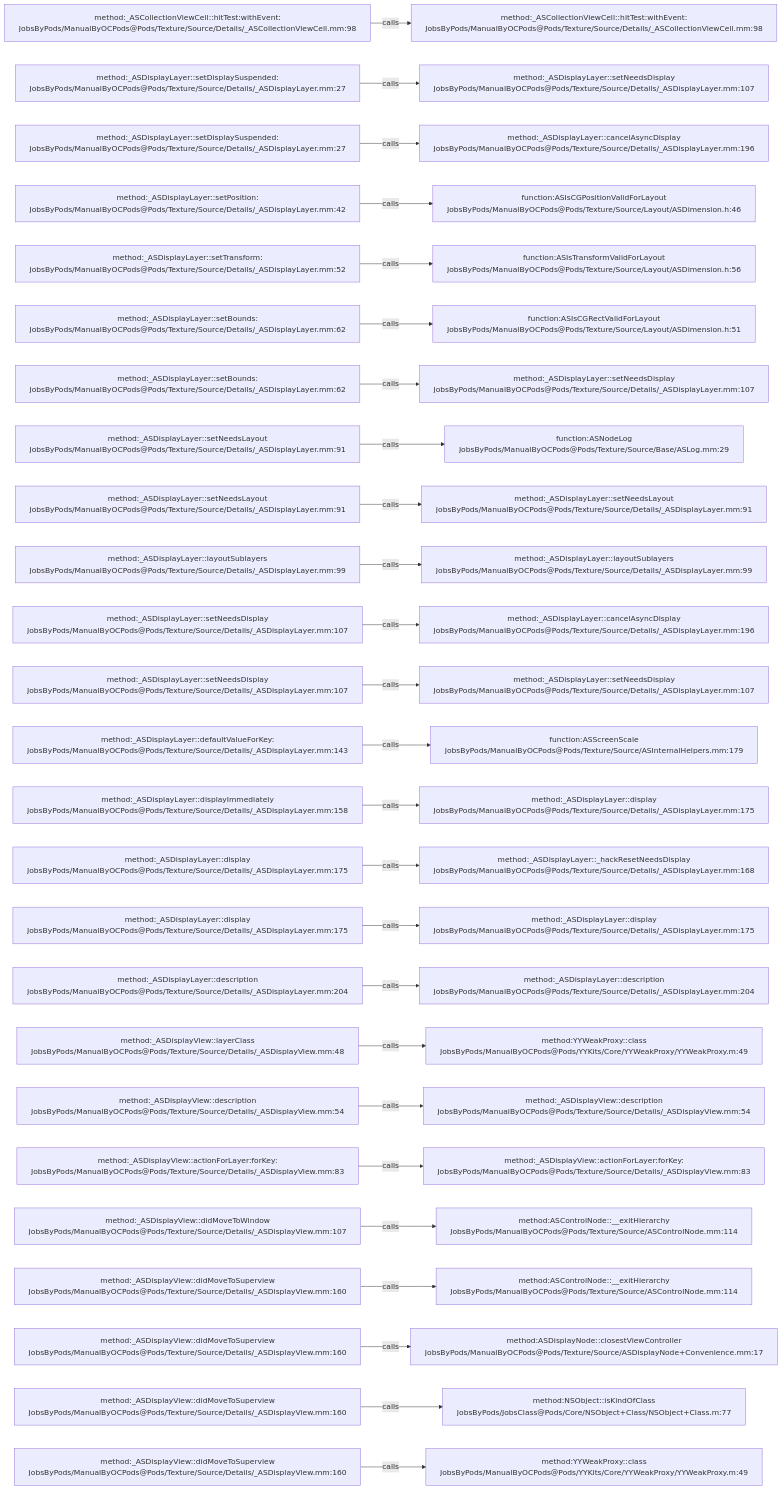
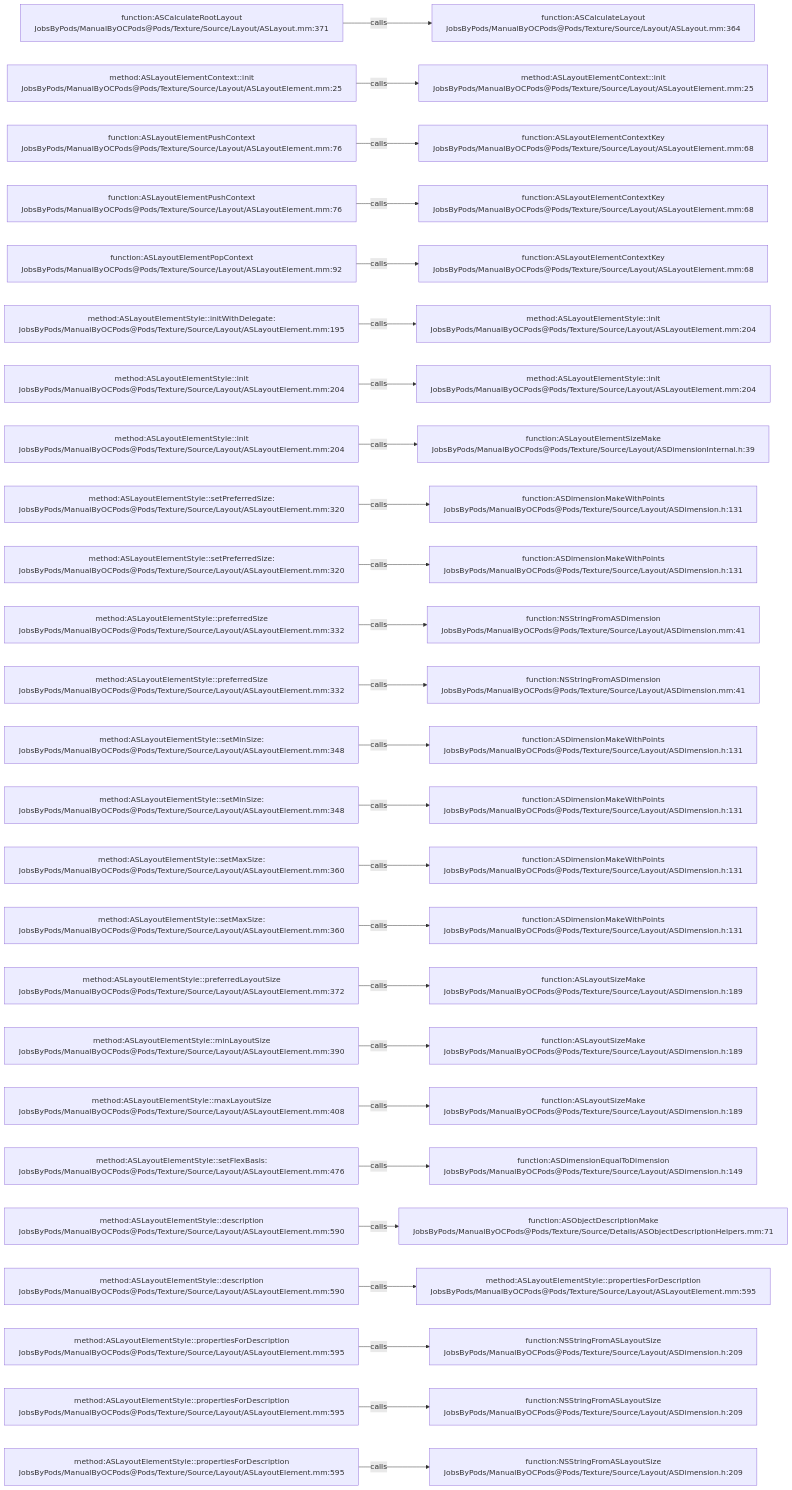
One commit to JobsKits/JobsOCBaseConfigDemo changed the diagram in .codegraph/codegraph.md/graphs/calls-163.md. Above: the diagram before and after it, drawn with Mermaid. The commit also changed 2723 other files, not shown here.

````diff
--- a/.codegraph/codegraph.md/graphs/calls-163.md
+++ b/.codegraph/codegraph.md/graphs/calls-163.md
@@ -13,78 +13,78 @@
 ```mermaid
 flowchart LR
-  S1["method:_ASCollectionViewCell::hitTest:withEvent:<br/>JobsByPods/ManualByOCPods@Pods/Texture/Source/Details/_ASCollectionViewCell.mm:98"]
-  T1["method:_ASCollectionViewCell::hitTest:withEvent:<br/>JobsByPods/ManualByOCPods@Pods/Texture/Source/Details/_ASCollectionViewCell.mm:98"]
+  S1["function:ASCalculateRootLayout<br/>JobsByPods/ManualByOCPods@Pods/Texture/Source/Layout/ASLayout.mm:371"]
+  T1["function:ASCalculateLayout<br/>JobsByPods/ManualByOCPods@Pods/Texture/Source/Layout/ASLayout.mm:364"]
   S1 -->|calls| T1
-  S2["method:_ASDisplayLayer::setDisplaySuspended:<br/>JobsByPods/ManualByOCPods@Pods/Texture/Source/Details/_ASDisplayLayer.mm:27"]
-  T2["method:_ASDisplayLayer::setNeedsDisplay<br/>JobsByPods/ManualByOCPods@Pods/Texture/Source/Details/_ASDisplayLayer.mm:107"]
+  S2["method:ASLayoutElementContext::init<br/>JobsByPods/ManualByOCPods@Pods/Texture/Source/Layout/ASLayoutElement.mm:25"]
+  T2["method:ASLayoutElementContext::init<br/>JobsByPods/ManualByOCPods@Pods/Texture/Source/Layout/ASLayoutElement.mm:25"]
   S2 -->|calls| T2
-  S3["method:_ASDisplayLayer::setDisplaySuspended:<br/>JobsByPods/ManualByOCPods@Pods/Texture/Source/Details/_ASDisplayLayer.mm:27"]
-  T3["method:_ASDisplayLayer::cancelAsyncDisplay<br/>JobsByPods/ManualByOCPods@Pods/Texture/Source/Details/_ASDisplayLayer.mm:196"]
+  S3["function:ASLayoutElementPushContext<br/>JobsByPods/ManualByOCPods@Pods/Texture/Source/Layout/ASLayoutElement.mm:76"]
+  T3["function:ASLayoutElementContextKey<br/>JobsByPods/ManualByOCPods@Pods/Texture/Source/Layout/ASLayoutElement.mm:68"]
   S3 -->|calls| T3
-  S4["method:_ASDisplayLayer::setPosition:<br/>JobsByPods/ManualByOCPods@Pods/Texture/Source/Details/_ASDisplayLayer.mm:42"]
-  T4["function:ASIsCGPositionValidForLayout<br/>JobsByPods/ManualByOCPods@Pods/Texture/Source/Layout/ASDimension.h:46"]
+  S4["function:ASLayoutElementPushContext<br/>JobsByPods/ManualByOCPods@Pods/Texture/Source/Layout/ASLayoutElement.mm:76"]
+  T4["function:ASLayoutElementContextKey<br/>JobsByPods/ManualByOCPods@Pods/Texture/Source/Layout/ASLayoutElement.mm:68"]
   S4 -->|calls| T4
-  S5["method:_ASDisplayLayer::setTransform:<br/>JobsByPods/ManualByOCPods@Pods/Texture/Source/Details/_ASDisplayLayer.mm:52"]
-  T5["function:ASIsTransformValidForLayout<br/>JobsByPods/ManualByOCPods@Pods/Texture/Source/Layout/ASDimension.h:56"]
+  S5["function:ASLayoutElementPopContext<br/>JobsByPods/ManualByOCPods@Pods/Texture/Source/Layout/ASLayoutElement.mm:92"]
+  T5["function:ASLayoutElementContextKey<br/>JobsByPods/ManualByOCPods@Pods/Texture/Source/Layout/ASLayoutElement.mm:68"]
   S5 -->|calls| T5
-  S6["method:_ASDisplayLayer::setBounds:<br/>JobsByPods/ManualByOCPods@Pods/Texture/Source/Details/_ASDisplayLayer.mm:62"]
-  T6["function:ASIsCGRectValidForLayout<br/>JobsByPods/ManualByOCPods@Pods/Texture/Source/Layout/ASDimension.h:51"]
+  S6["method:ASLayoutElementStyle::initWithDelegate:<br/>JobsByPods/ManualByOCPods@Pods/Texture/Source/Layout/ASLayoutElement.mm:195"]
+  T6["method:ASLayoutElementStyle::init<br/>JobsByPods/ManualByOCPods@Pods/Texture/Source/Layout/ASLayoutElement.mm:204"]
   S6 -->|calls| T6
-  S7["method:_ASDisplayLayer::setBounds:<br/>JobsByPods/ManualByOCPods@Pods/Texture/Source/Details/_ASDisplayLayer.mm:62"]
-  T7["method:_ASDisplayLayer::setNeedsDisplay<br/>JobsByPods/ManualByOCPods@Pods/Texture/Source/Details/_ASDisplayLayer.mm:107"]
+  S7["method:ASLayoutElementStyle::init<br/>JobsByPods/ManualByOCPods@Pods/Texture/Source/Layout/ASLayoutElement.mm:204"]
+  T7["method:ASLayoutElementStyle::init<br/>JobsByPods/ManualByOCPods@Pods/Texture/Source/Layout/ASLayoutElement.mm:204"]
   S7 -->|calls| T7
-  S8["method:_ASDisplayLayer::setNeedsLayout<br/>JobsByPods/ManualByOCPods@Pods/Texture/Source/Details/_ASDisplayLayer.mm:91"]
-  T8["function:ASNodeLog<br/>JobsByPods/ManualByOCPods@Pods/Texture/Source/Base/ASLog.mm:29"]
+  S8["method:ASLayoutElementStyle::init<br/>JobsByPods/ManualByOCPods@Pods/Texture/Source/Layout/ASLayoutElement.mm:204"]
+  T8["function:ASLayoutElementSizeMake<br/>JobsByPods/ManualByOCPods@Pods/Texture/Source/Layout/ASDimensionInternal.h:39"]
   S8 -->|calls| T8
-  S9["method:_ASDisplayLayer::setNeedsLayout<br/>JobsByPods/ManualByOCPods@Pods/Texture/Source/Details/_ASDisplayLayer.mm:91"]
-  T9["method:_ASDisplayLayer::setNeedsLayout<br/>JobsByPods/ManualByOCPods@Pods/Texture/Source/Details/_ASDisplayLayer.mm:91"]
+  S9["method:ASLayoutElementStyle::setPreferredSize:<br/>JobsByPods/ManualByOCPods@Pods/Texture/Source/Layout/ASLayoutElement.mm:320"]
+  T9["function:ASDimensionMakeWithPoints<br/>JobsByPods/ManualByOCPods@Pods/Texture/Source/Layout/ASDimension.h:131"]
   S9 -->|calls| T9
-  S10["method:_ASDisplayLayer::layoutSublayers<br/>JobsByPods/ManualByOCPods@Pods/Texture/Source/Details/_ASDisplayLayer.mm:99"]
-  T10["method:_ASDisplayLayer::layoutSublayers<br/>JobsByPods/ManualByOCPods@Pods/Texture/Source/Details/_ASDisplayLayer.mm:99"]
+  S10["method:ASLayoutElementStyle::setPreferredSize:<br/>JobsByPods/ManualByOCPods@Pods/Texture/Source/Layout/ASLayoutElement.mm:320"]
+  T10["function:ASDimensionMakeWithPoints<br/>JobsByPods/ManualByOCPods@Pods/Texture/Source/Layout/ASDimension.h:131"]
   S10 -->|calls| T10
-  S11["method:_ASDisplayLayer::setNeedsDisplay<br/>JobsByPods/ManualByOCPods@Pods/Texture/Source/Details/_ASDisplayLayer.mm:107"]
-  T11["method:_ASDisplayLayer::cancelAsyncDisplay<br/>JobsByPods/ManualByOCPods@Pods/Texture/Source/Details/_ASDisplayLayer.mm:196"]
+  S11["method:ASLayoutElementStyle::preferredSize<br/>JobsByPods/ManualByOCPods@Pods/Texture/Source/Layout/ASLayoutElement.mm:332"]
+  T11["function:NSStringFromASDimension<br/>JobsByPods/ManualByOCPods@Pods/Texture/Source/Layout/ASDimension.mm:41"]
   S11 -->|calls| T11
-  S12["method:_ASDisplayLayer::setNeedsDisplay<br/>JobsByPods/ManualByOCPods@Pods/Texture/Source/Details/_ASDisplayLayer.mm:107"]
-  T12["method:_ASDisplayLayer::setNeedsDisplay<br/>JobsByPods/ManualByOCPods@Pods/Texture/Source/Details/_ASDisplayLayer.mm:107"]
+  S12["method:ASLayoutElementStyle::preferredSize<br/>JobsByPods/ManualByOCPods@Pods/Texture/Source/Layout/ASLayoutElement.mm:332"]
+  T12["function:NSStringFromASDimension<br/>JobsByPods/ManualByOCPods@Pods/Texture/Source/Layout/ASDimension.mm:41"]
   S12 -->|calls| T12
-  S13["method:_ASDisplayLayer::defaultValueForKey:<br/>JobsByPods/ManualByOCPods@Pods/Texture/Source/Details/_ASDisplayLayer.mm:143"]
-  T13["function:ASScreenScale<br/>JobsByPods/ManualByOCPods@Pods/Texture/Source/ASInternalHelpers.mm:179"]
+  S13["method:ASLayoutElementStyle::setMinSize:<br/>JobsByPods/ManualByOCPods@Pods/Texture/Source/Layout/ASLayoutElement.mm:348"]
+  T13["function:ASDimensionMakeWithPoints<br/>JobsByPods/ManualByOCPods@Pods/Texture/Source/Layout/ASDimension.h:131"]
   S13 -->|calls| T13
-  S14["method:_ASDisplayLayer::displayImmediately<br/>JobsByPods/ManualByOCPods@Pods/Texture/Source/Details/_ASDisplayLayer.mm:158"]
-  T14["method:_ASDisplayLayer::display<br/>JobsByPods/ManualByOCPods@Pods/Texture/Source/Details/_ASDisplayLayer.mm:175"]
+  S14["method:ASLayoutElementStyle::setMinSize:<br/>JobsByPods/ManualByOCPods@Pods/Texture/Source/Layout/ASLayoutElement.mm:348"]
+  T14["function:ASDimensionMakeWithPoints<br/>JobsByPods/ManualByOCPods@Pods/Texture/Source/Layout/ASDimension.h:131"]
   S14 -->|calls| T14
-  S15["method:_ASDisplayLayer::display<br/>JobsByPods/ManualByOCPods@Pods/Texture/Source/Details/_ASDisplayLayer.mm:175"]
-  T15["method:_ASDisplayLayer::_hackResetNeedsDisplay<br/>JobsByPods/ManualByOCPods@Pods/Texture/Source/Details/_ASDisplayLayer.mm:168"]
+  S15["method:ASLayoutElementStyle::setMaxSize:<br/>JobsByPods/ManualByOCPods@Pods/Texture/Source/Layout/ASLayoutElement.mm:360"]
+  T15["function:ASDimensionMakeWithPoints<br/>JobsByPods/ManualByOCPods@Pods/Texture/Source/Layout/ASDimension.h:131"]
   S15 -->|calls| T15
-  S16["method:_ASDisplayLayer::display<br/>JobsByPods/ManualByOCPods@Pods/Texture/Source/Details/_ASDisplayLayer.mm:175"]
-  T16["method:_ASDisplayLayer::display<br/>JobsByPods/ManualByOCPods@Pods/Texture/Source/Details/_ASDisplayLayer.mm:175"]
+  S16["method:ASLayoutElementStyle::setMaxSize:<br/>JobsByPods/ManualByOCPods@Pods/Texture/Source/Layout/ASLayoutElement.mm:360"]
+  T16["function:ASDimensionMakeWithPoints<br/>JobsByPods/ManualByOCPods@Pods/Texture/Source/Layout/ASDimension.h:131"]
   S16 -->|calls| T16
-  S17["method:_ASDisplayLayer::description<br/>JobsByPods/ManualByOCPods@Pods/Texture/Source/Details/_ASDisplayLayer.mm:204"]
-  T17["method:_ASDisplayLayer::description<br/>JobsByPods/ManualByOCPods@Pods/Texture/Source/Details/_ASDisplayLayer.mm:204"]
+  S17["method:ASLayoutElementStyle::preferredLayoutSize<br/>JobsByPods/ManualByOCPods@Pods/Texture/Source/Layout/ASLayoutElement.mm:372"]
+  T17["function:ASLayoutSizeMake<br/>JobsByPods/ManualByOCPods@Pods/Texture/Source/Layout/ASDimension.h:189"]
   S17 -->|calls| T17
-  S18["method:_ASDisplayView::layerClass<br/>JobsByPods/ManualByOCPods@Pods/Texture/Source/Details/_ASDisplayView.mm:48"]
-  T18["method:YYWeakProxy::class<br/>JobsByPods/ManualByOCPods@Pods/YYKits/Core/YYWeakProxy/YYWeakProxy.m:49"]
+  S18["method:ASLayoutElementStyle::minLayoutSize<br/>JobsByPods/ManualByOCPods@Pods/Texture/Source/Layout/ASLayoutElement.mm:390"]
+  T18["function:ASLayoutSizeMake<br/>JobsByPods/ManualByOCPods@Pods/Texture/Source/Layout/ASDimension.h:189"]
   S18 -->|calls| T18
-  S19["method:_ASDisplayView::description<br/>JobsByPods/ManualByOCPods@Pods/Texture/Source/Details/_ASDisplayView.mm:54"]
-  T19["method:_ASDisplayView::description<br/>JobsByPods/ManualByOCPods@Pods/Texture/Source/Details/_ASDisplayView.mm:54"]
+  S19["method:ASLayoutElementStyle::maxLayoutSize<br/>JobsByPods/ManualByOCPods@Pods/Texture/Source/Layout/ASLayoutElement.mm:408"]
+  T19["function:ASLayoutSizeMake<br/>JobsByPods/ManualByOCPods@Pods/Texture/Source/Layout/ASDimension.h:189"]
   S19 -->|calls| T19
-  S20["method:_ASDisplayView::actionForLayer:forKey:<br/>JobsByPods/ManualByOCPods@Pods/Texture/Source/Details/_ASDisplayView.mm:83"]
-  T20["method:_ASDisplayView::actionForLayer:forKey:<br/>JobsByPods/ManualByOCPods@Pods/Texture/Source/Details/_ASDisplayView.mm:83"]
+  S20["method:ASLayoutElementStyle::setFlexBasis:<br/>JobsByPods/ManualByOCPods@Pods/Texture/Source/Layout/ASLayoutElement.mm:476"]
+  T20["function:ASDimensionEqualToDimension<br/>JobsByPods/ManualByOCPods@Pods/Texture/Source/Layout/ASDimension.h:149"]
   S20 -->|calls| T20
-  S21["method:_ASDisplayView::didMoveToWindow<br/>JobsByPods/ManualByOCPods@Pods/Texture/Source/Details/_ASDisplayView.mm:107"]
-  T21["method:ASControlNode::__exitHierarchy<br/>JobsByPods/ManualByOCPods@Pods/Texture/Source/ASControlNode.mm:114"]
+  S21["method:ASLayoutElementStyle::description<br/>JobsByPods/ManualByOCPods@Pods/Texture/Source/Layout/ASLayoutElement.mm:590"]
+  T21["function:ASObjectDescriptionMake<br/>JobsByPods/ManualByOCPods@Pods/Texture/Source/Details/ASObjectDescriptionHelpers.mm:71"]
   S21 -->|calls| T21
-  S22["method:_ASDisplayView::didMoveToSuperview<br/>JobsByPods/ManualByOCPods@Pods/Texture/Source/Details/_ASDisplayView.mm:160"]
-  T22["method:ASControlNode::__exitHierarchy<br/>JobsByPods/ManualByOCPods@Pods/Texture/Source/ASControlNode.mm:114"]
+  S22["method:ASLayoutElementStyle::description<br/>JobsByPods/ManualByOCPods@Pods/Texture/Source/Layout/ASLayoutElement.mm:590"]
+  T22["method:ASLayoutElementStyle::propertiesForDescription<br/>JobsByPods/ManualByOCPods@Pods/Texture/Source/Layout/ASLayoutElement.mm:595"]
   S22 -->|calls| T22
-  S23["method:_ASDisplayView::didMoveToSuperview<br/>JobsByPods/ManualByOCPods@Pods/Texture/Source/Details/_ASDisplayView.mm:160"]
-  T23["method:ASDisplayNode::closestViewController<br/>JobsByPods/ManualByOCPods@Pods/Texture/Source/ASDisplayNode+Convenience.mm:17"]
+  S23["method:ASLayoutElementStyle::propertiesForDescription<br/>JobsByPods/ManualByOCPods@Pods/Texture/Source/Layout/ASLayoutElement.mm:595"]
+  T23["function:NSStringFromASLayoutSize<br/>JobsByPods/ManualByOCPods@Pods/Texture/Source/Layout/ASDimension.h:209"]
   S23 -->|calls| T23
-  S24["method:_ASDisplayView::didMoveToSuperview<br/>JobsByPods/ManualByOCPods@Pods/Texture/Source/Details/_ASDisplayView.mm:160"]
-  T24["method:NSObject::isKindOfClass<br/>JobsByPods/JobsClass@Pods/Core/NSObject+Class/NSObject+Class.m:77"]
+  S24["method:ASLayoutElementStyle::propertiesForDescription<br/>JobsByPods/ManualByOCPods@Pods/Texture/Source/Layout/ASLayoutElement.mm:595"]
+  T24["function:NSStringFromASLayoutSize<br/>JobsByPods/ManualByOCPods@Pods/Texture/Source/Layout/ASDimension.h:209"]
   S24 -->|calls| T24
-  S25["method:_ASDisplayView::didMoveToSuperview<br/>JobsByPods/ManualByOCPods@Pods/Texture/Source/Details/_ASDisplayView.mm:160"]
-  T25["method:YYWeakProxy::class<br/>JobsByPods/ManualByOCPods@Pods/YYKits/Core/YYWeakProxy/YYWeakProxy.m:49"]
+  S25["method:ASLayoutElementStyle::propertiesForDescription<br/>JobsByPods/ManualByOCPods@Pods/Texture/Source/Layout/ASLayoutElement.mm:595"]
+  T25["function:NSStringFromASLayoutSize<br/>JobsByPods/ManualByOCPods@Pods/Texture/Source/Layout/ASDimension.h:209"]
   S25 -->|calls| T25
 ```
````
